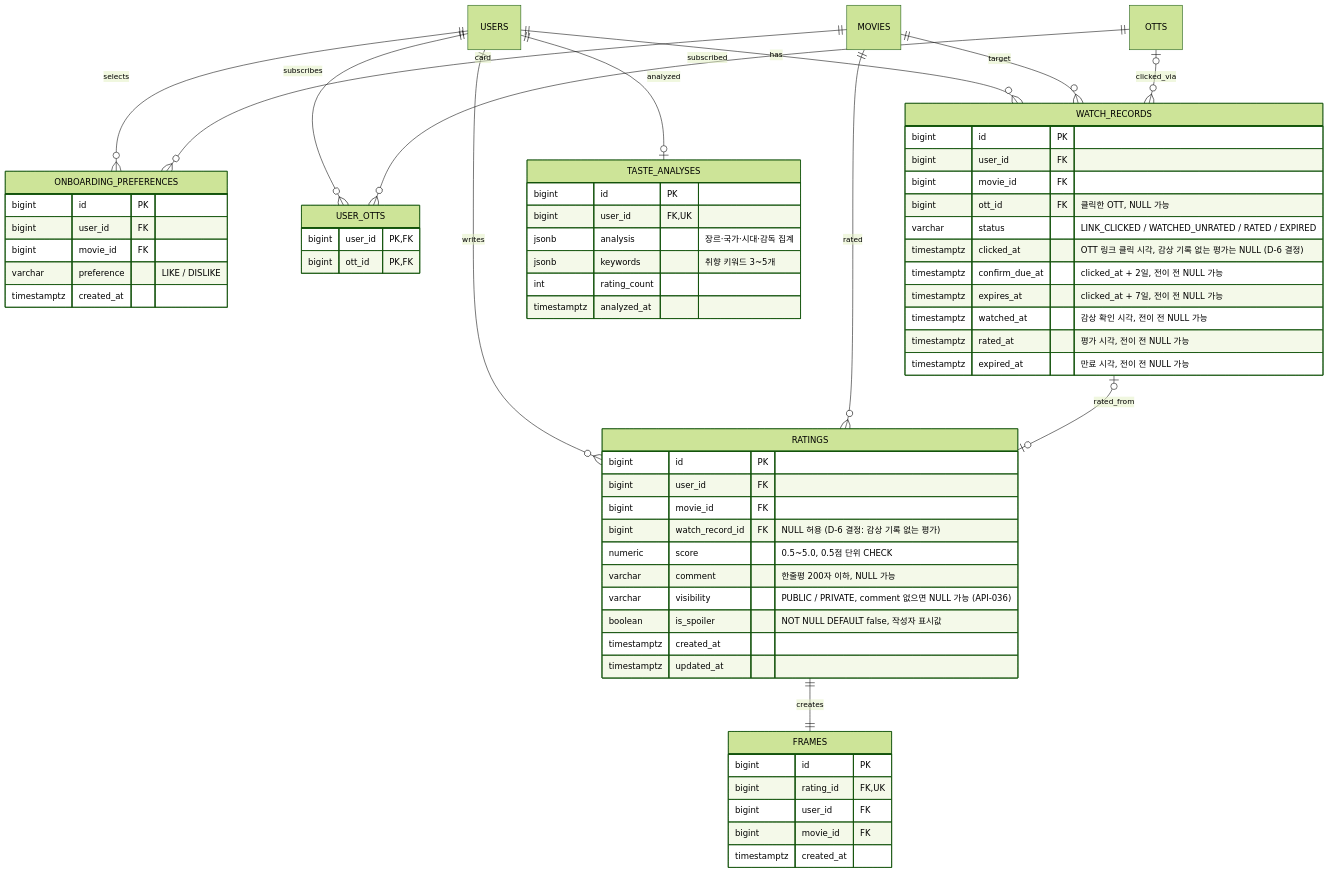
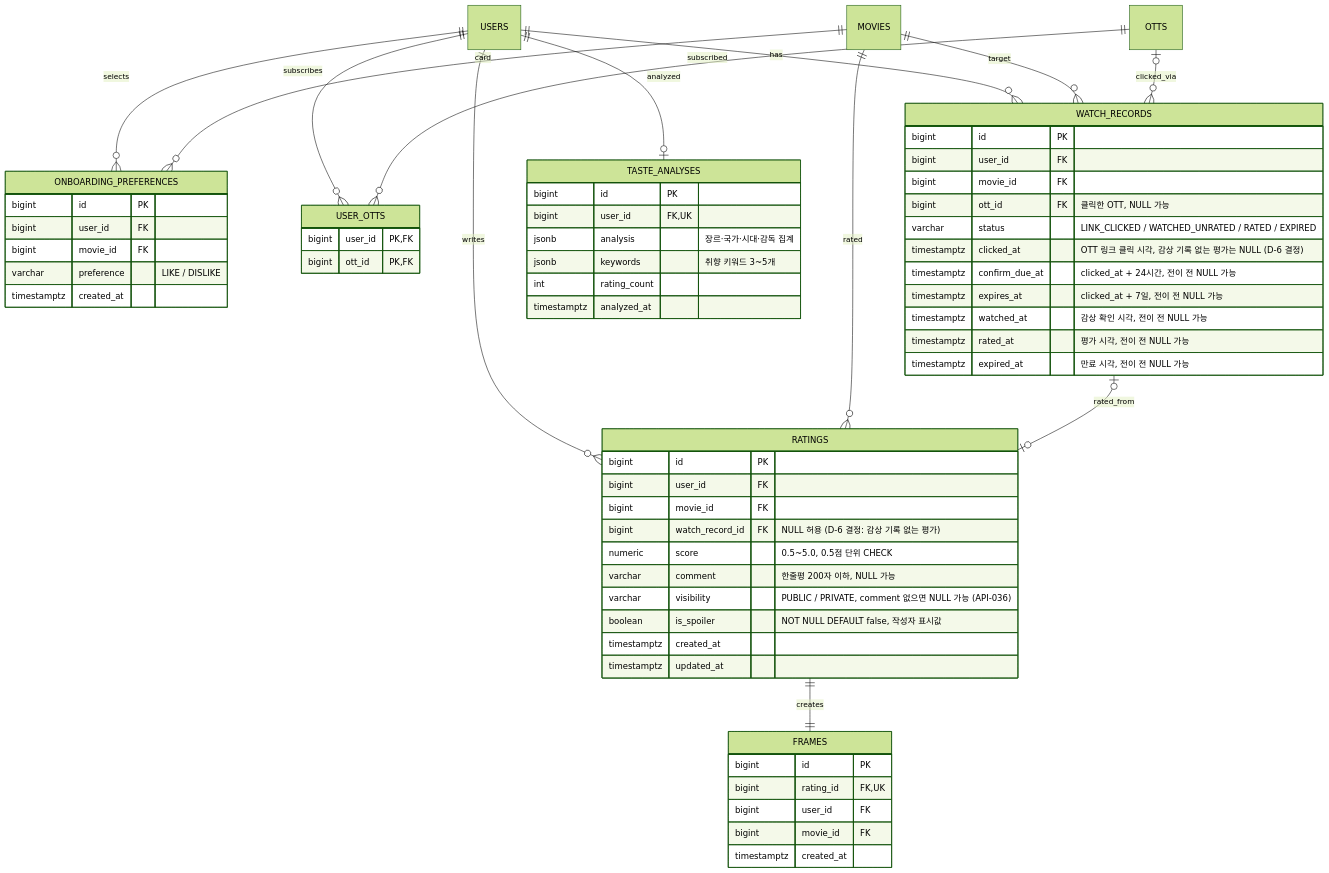
One commit to koongya-studio/feelm changed the fourth of 8 diagrams in docs/erd.md. Above: the diagram before and after it, drawn with Mermaid (forest theme). The commit also changed other lines of this file and 66 other files, not shown here.

````diff
--- a/docs/erd.md
+++ b/docs/erd.md
@@ -239,67 +275,67 @@
 ```mermaid
 erDiagram
     ONBOARDING_PREFERENCES {
         bigint id PK
         bigint user_id FK
         bigint movie_id FK
         varchar preference "LIKE / DISLIKE"
         timestamptz created_at
     }
     USER_OTTS {
         bigint user_id PK, FK
         bigint ott_id PK, FK
     }
     WATCH_RECORDS {
         bigint id PK
         bigint user_id FK
         bigint movie_id FK
         bigint ott_id FK "클릭한 OTT, NULL 가능"
         varchar status "LINK_CLICKED / WATCHED_UNRATED / RATED / EXPIRED"
         timestamptz clicked_at "OTT 링크 클릭 시각, 감상 기록 없는 평가는 NULL (D-6 결정)"
-        timestamptz confirm_due_at "clicked_at + 2일, 전이 전 NULL 가능"
+        timestamptz confirm_due_at "clicked_at + 24시간, 전이 전 NULL 가능"
         timestamptz expires_at "clicked_at + 7일, 전이 전 NULL 가능"
         timestamptz watched_at "감상 확인 시각, 전이 전 NULL 가능"
         timestamptz rated_at "평가 시각, 전이 전 NULL 가능"
         timestamptz expired_at "만료 시각, 전이 전 NULL 가능"
     }
     RATINGS {
         bigint id PK
         bigint user_id FK
         bigint movie_id FK
         bigint watch_record_id FK "NULL 허용 (D-6 결정: 감상 기록 없는 평가)"
         numeric score "0.5~5.0, 0.5점 단위 CHECK"
         varchar comment "한줄평 200자 이하, NULL 가능"
         varchar visibility "PUBLIC / PRIVATE, comment 없으면 NULL 가능 (API-036)"
         boolean is_spoiler "NOT NULL DEFAULT false, 작성자 표시값"
         timestamptz created_at
         timestamptz updated_at
     }
     FRAMES {
         bigint id PK
         bigint rating_id FK, UK
         bigint user_id FK
         bigint movie_id FK
         timestamptz created_at
     }
     TASTE_ANALYSES {
         bigint id PK
         bigint user_id FK, UK
         jsonb analysis "장르·국가·시대·감독 집계"
         jsonb keywords "취향 키워드 3~5개"
         int rating_count
         timestamptz analyzed_at
     }
 
     USERS ||--o{ ONBOARDING_PREFERENCES : selects
     MOVIES ||--o{ ONBOARDING_PREFERENCES : card
     USERS ||--o{ USER_OTTS : subscribes
     OTTS ||--o{ USER_OTTS : subscribed
     USERS ||--o{ WATCH_RECORDS : has
     MOVIES ||--o{ WATCH_RECORDS : target
     OTTS o|--o{ WATCH_RECORDS : clicked_via
     USERS ||--o{ RATINGS : writes
     MOVIES ||--o{ RATINGS : rated
     WATCH_RECORDS o|--o| RATINGS : rated_from
     RATINGS ||--|| FRAMES : creates
     USERS ||--o| TASTE_ANALYSES : analyzed
 ```
````
